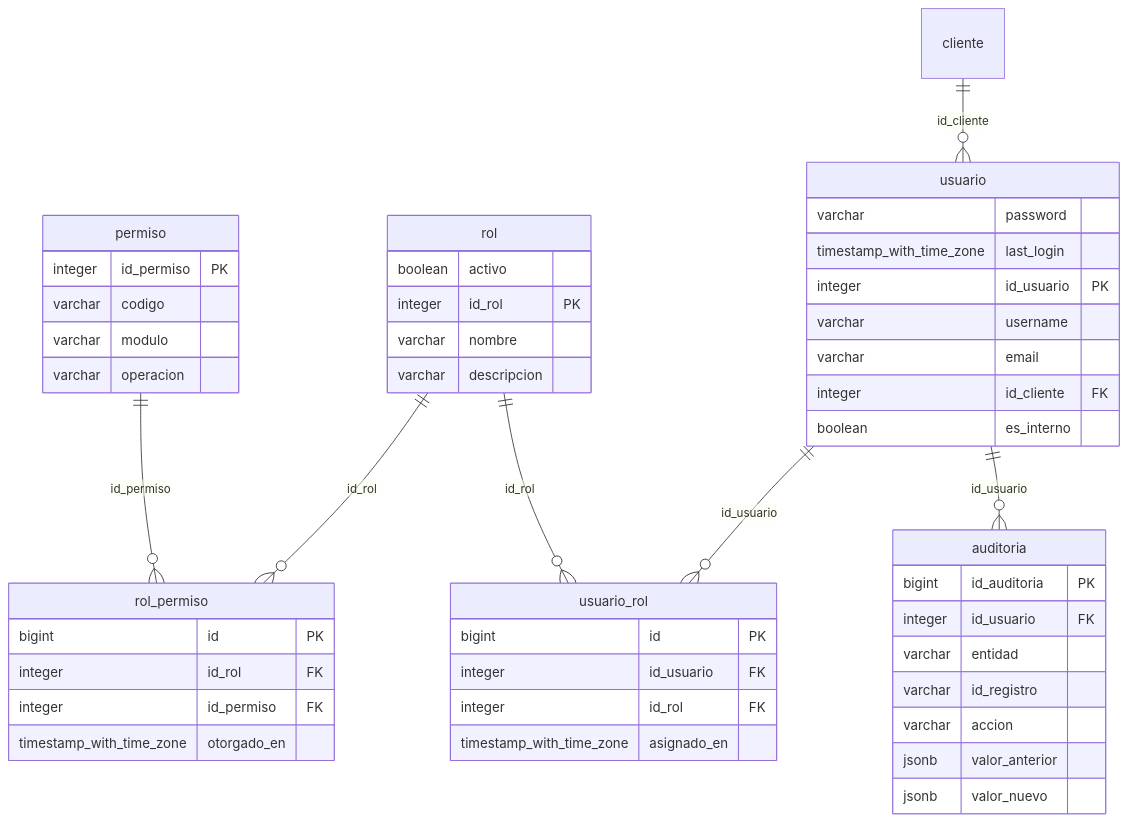
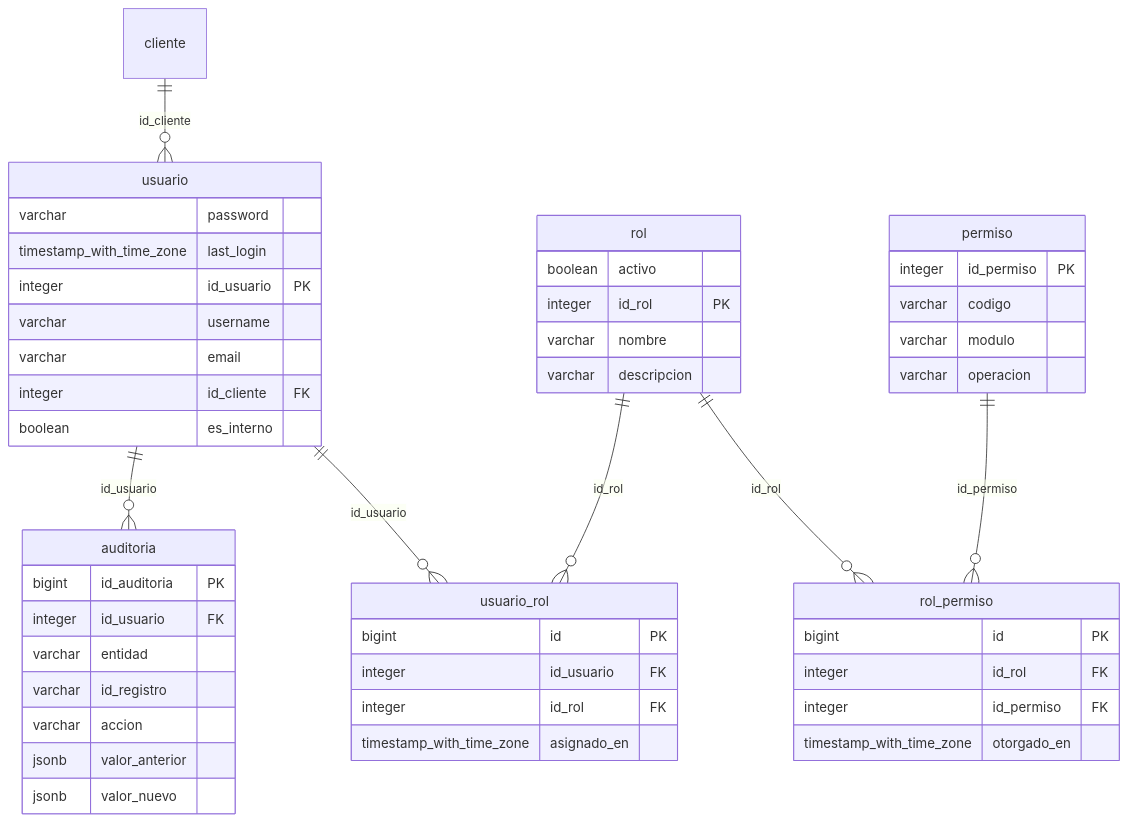
One commit to benjamindelgado-dev/SITRAFO changed the first of 9 diagrams in Fase 2/Evidencias Proyecto/Evidencias de Sistema/Base de Datos/README.md. Above: the diagram before and after it, drawn with Mermaid. The commit also changed other lines of this file and 5 other files, not shown here.

````diff
--- a/Fase 2/Evidencias Proyecto/Evidencias de Sistema/Base de Datos/README.md
+++ b/Fase 2/Evidencias Proyecto/Evidencias de Sistema/Base de Datos/README.md
@@ -47,51 +48,51 @@
 ```mermaid
 erDiagram
+    usuario ||--o{ auditoria : "id_usuario"
     rol ||--o{ rol_permiso : "id_rol"
     permiso ||--o{ rol_permiso : "id_permiso"
     cliente ||--o{ usuario : "id_cliente"
     usuario ||--o{ usuario_rol : "id_usuario"
     rol ||--o{ usuario_rol : "id_rol"
-    usuario ||--o{ auditoria : "id_usuario"
-    rol {
-        boolean activo
-        integer id_rol PK
-        varchar nombre
-        varchar descripcion
+    auditoria {
+        bigint id_auditoria PK
+        integer id_usuario FK
+        varchar entidad
+        varchar id_registro
+        varchar accion
+        jsonb valor_anterior
+        jsonb valor_nuevo
     }
     permiso {
         integer id_permiso PK
         varchar codigo
         varchar modulo
         varchar operacion
+    }
+    rol {
+        boolean activo
+        integer id_rol PK
+        varchar nombre
+        varchar descripcion
     }
     rol_permiso {
         bigint id PK
         integer id_rol FK
         integer id_permiso FK
         timestamp_with_time_zone otorgado_en
     }
     usuario {
         varchar password
         timestamp_with_time_zone last_login
         integer id_usuario PK
         varchar username
         varchar email
         integer id_cliente FK
         boolean es_interno
     }
     usuario_rol {
         bigint id PK
         integer id_usuario FK
         integer id_rol FK
         timestamp_with_time_zone asignado_en
     }
-    auditoria {
-        bigint id_auditoria PK
-        integer id_usuario FK
-        varchar entidad
-        varchar id_registro
-        varchar accion
-        jsonb valor_anterior
-        jsonb valor_nuevo
-    }
 ```
````
